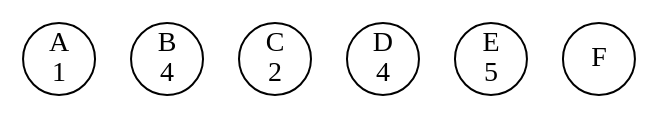
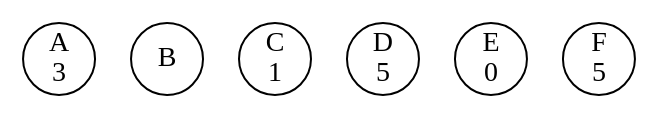
Before and after one commit to li23179/GO: the diagram in concurrency-lab-2/bank/out/0000000012.gv, drawn with Graphviz. The commit also changed 110 other files, not shown here.

```diff
--- a/concurrency-lab-2/bank/out/0000000012.gv
+++ b/concurrency-lab-2/bank/out/0000000012.gv
@@ -1,8 +1,8 @@
 digraph bank {
-	 0 [label= "A\n1" , pos= "1,0!" , shape=circle, fixedsize=true, width=0.5 ]
-	 1 [label= "B\n4" , pos= "0,1!" , shape=circle, fixedsize=true, width=0.5 ]
-	 2 [label= "C\n2" , pos= "1,2!" , shape=circle, fixedsize=true, width=0.5 ]
-	 3 [label= "D\n4" , pos= "2,2!" , shape=circle, fixedsize=true, width=0.5 ]
-	 4 [label= "E\n5" , pos= "3,1!" , shape=circle, fixedsize=true, width=0.5 ]
-	 5 [label= "F\n" , pos= "2,0!" , shape=circle, fixedsize=true, width=0.5 ]
+	 0 [label= "A\n3" , pos= "1,0!" , shape=circle, fixedsize=true, width=0.5 ]
+	 1 [label= "B\n" , pos= "0,1!" , shape=circle, fixedsize=true, width=0.5 ]
+	 2 [label= "C\n1" , pos= "1,2!" , shape=circle, fixedsize=true, width=0.5 ]
+	 3 [label= "D\n5" , pos= "2,2!" , shape=circle, fixedsize=true, width=0.5 ]
+	 4 [label= "E\n0" , pos= "3,1!" , shape=circle, fixedsize=true, width=0.5 ]
+	 5 [label= "F\n5" , pos= "2,0!" , shape=circle, fixedsize=true, width=0.5 ]
 }
```
